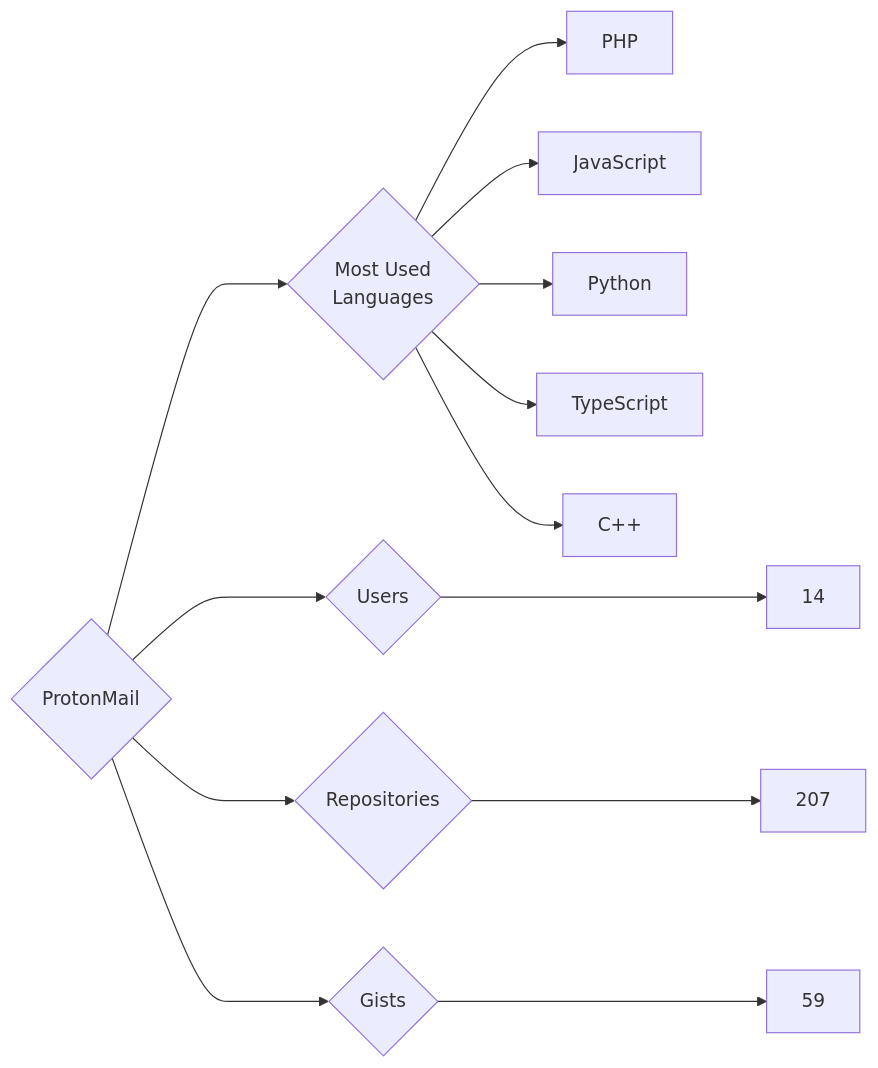
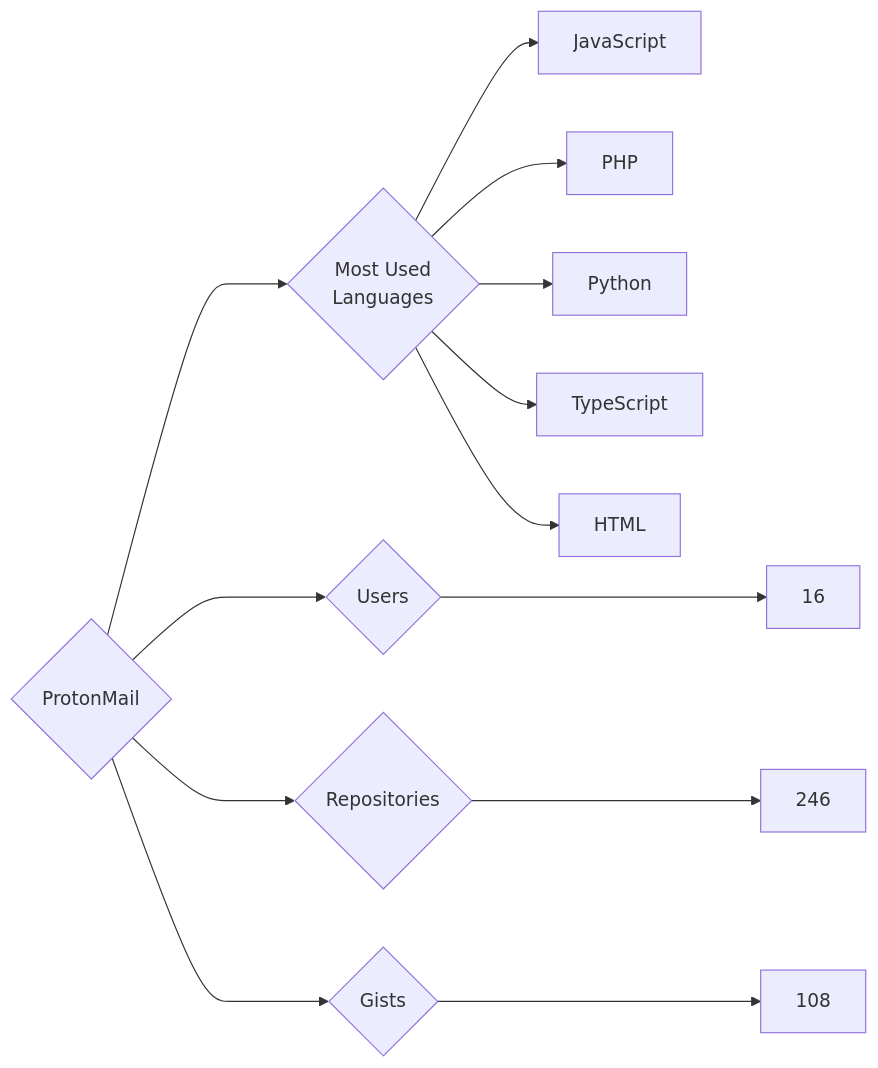
The diagram in targets/ProtonMail/README.md (trickest/insiders), drawn with Mermaid before and after one commit. The commit also changed 965 other files, not shown here.

````diff
--- a/targets/ProtonMail/README.md
+++ b/targets/ProtonMail/README.md
@@ -3,13 +3,13 @@
 ```mermaid
 graph LR
 COMPANY_NAME{ProtonMail}
-COMPANY_NAME ---> U{Users} ---> UN[14]
-COMPANY_NAME ---> R{Repositories} ---> RN[207]
-COMPANY_NAME ---> G{Gists} ---> GN[59]
+COMPANY_NAME ---> U{Users} ---> UN[16]
+COMPANY_NAME ---> R{Repositories} ---> RN[246]
+COMPANY_NAME ---> G{Gists} ---> GN[108]
 COMPANY_NAME ---> ML{Most Used<br>Languages}
+ML --> JavaScript[JavaScript]
 ML --> PHP[PHP]
-ML --> JavaScript[JavaScript]
 ML --> Python[Python]
 ML --> TypeScript[TypeScript]
-ML --> C++[C++]
+ML --> HTML[HTML]
 ```
````
